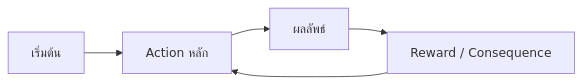
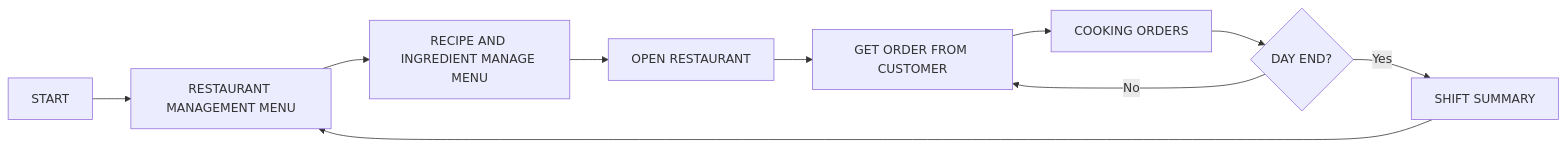
One commit to nanopak48-ux/958225-project changed the diagram in doc/gdd/01-core-loop.md. Above: the diagram before and after it, drawn with Mermaid. The commit also changed other lines of this file, not shown here.

````diff
--- a/doc/gdd/01-core-loop.md
+++ b/doc/gdd/01-core-loop.md
@@ -10,7 +10,12 @@
 ```mermaid
 flowchart LR
-    A[เริ่มต้น] --> B[Action หลัก]
-    B --> C[ผลลัพธ์]
-    C --> D[Reward / Consequence]
-    D --> B
+    A[START] --> B[RESTAURANT MANAGEMENT MENU]
+    B --> C[RECIPE AND INGREDIENT MANAGE MENU]
+    C --> D[OPEN RESTAURANT]
+    D --> E[GET ORDER FROM CUSTOMER]
+    E --> F[COOKING ORDERS]
+    F --> G{DAY END?}
+    G -- Yes --> H[SHIFT SUMMARY]
+    G -- No --> E
+    H --> B
 ```
````
